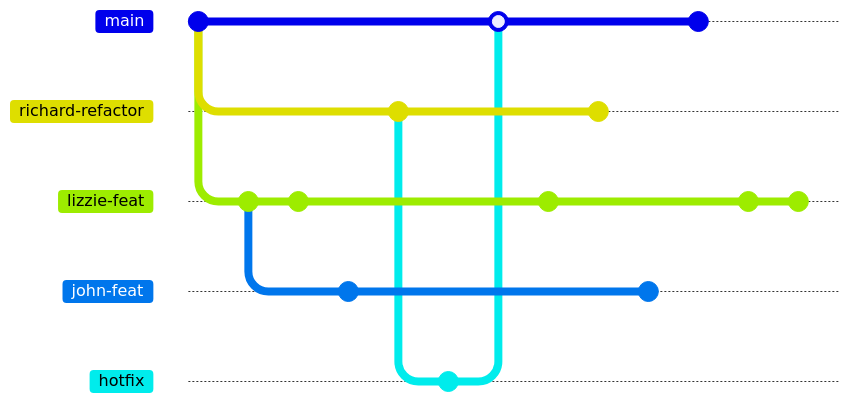
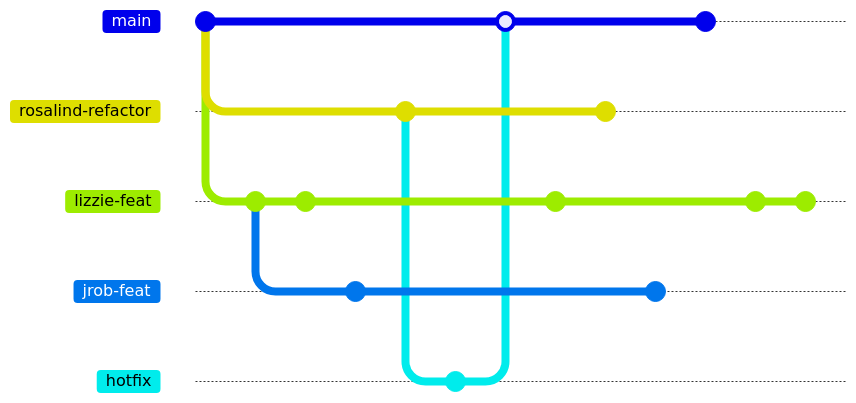
Before and after one commit to lizsalmon/iCSC-Git-talk: the seventh of 21 diagrams in slides.md, drawn with Mermaid. The commit also changed other lines of this file and 1 other file, not shown here. Commit ids are hidden.

````diff
--- a/slides.md
+++ b/slides.md
@@ -318,32 +320,32 @@
 ```mermaid
 gitGraph
   commit
-  branch richard-refactor
+  branch rosalind-refactor
   branch lizzie-feat
   checkout lizzie-feat
   commit
-  branch john-feat
+  branch jrob-feat
   checkout lizzie-feat
   commit
-  checkout john-feat
+  checkout jrob-feat
   commit
-  checkout richard-refactor
+  checkout rosalind-refactor
   commit
   branch hotfix
   checkout hotfix
   commit
   checkout main
   merge hotfix
   checkout lizzie-feat
   commit
-  checkout richard-refactor
+  checkout rosalind-refactor
   commit
   checkout lizzie-feat
-  checkout john-feat
+  checkout jrob-feat
   commit
   checkout main
   commit
   checkout lizzie-feat
   commit
   commit 
 ```
````
